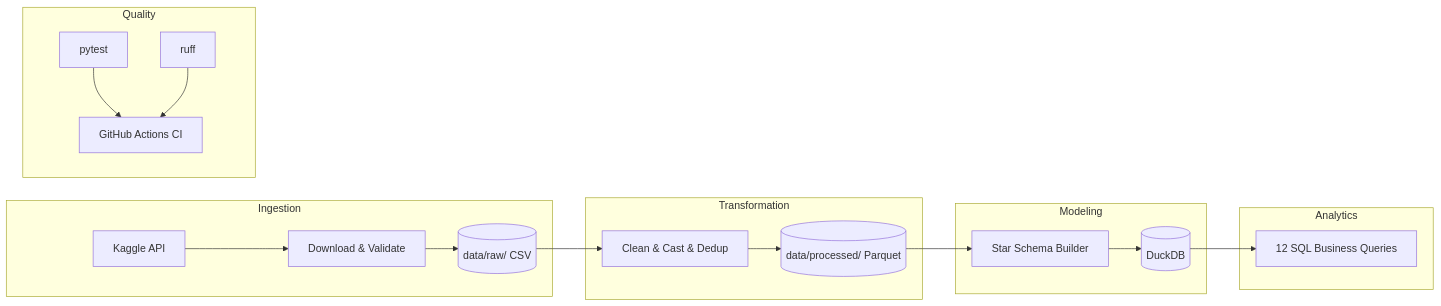
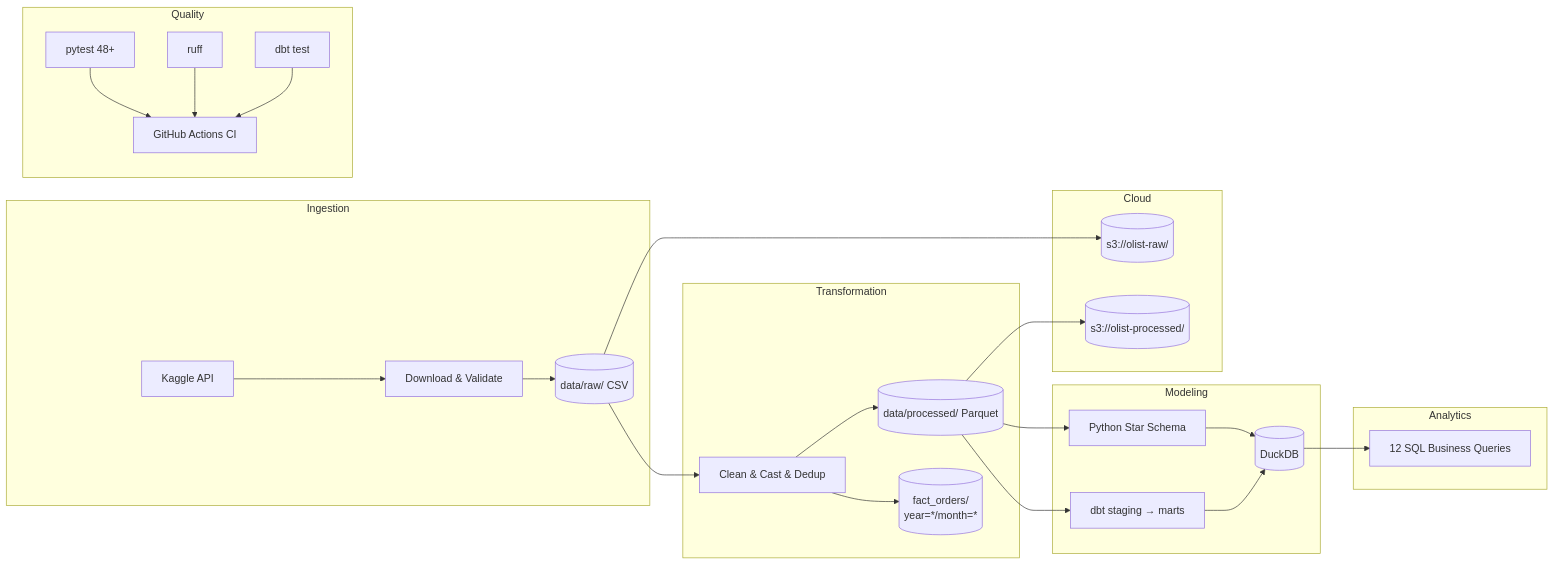
The first of 3 diagrams in README.md (AugustoTonelli14/olist_data_pipeline), drawn with Mermaid before and after one commit. The commit also changed other lines of this file and 27 other files, not shown here.

Commit message:
feat: add cloud storage, dbt models, partitioning, and enhanced EDA

````diff
--- a/README.md
+++ b/README.md
@@ -12,22 +13,29 @@
 ```mermaid
 flowchart LR
     subgraph Ingestion
         A[Kaggle API] --> B[Download & Validate]
         B --> C[(data/raw/ CSV)]
     end
     subgraph Transformation
         C --> D[Clean & Cast & Dedup]
         D --> E[(data/processed/ Parquet)]
+        D --> P[(fact_orders/<br/>year=*/month=*)]
     end
     subgraph Modeling
-        E --> F[Star Schema Builder]
-        F --> G[(DuckDB)]
+        E --> F1[Python Star Schema]
+        E --> F2[dbt staging → marts]
+        F1 & F2 --> G[(DuckDB)]
+    end
+    subgraph Cloud
+        C --> S1[(s3://olist-raw/)]
+        E --> S2[(s3://olist-processed/)]
     end
     subgraph Analytics
         G --> H[12 SQL Business Queries]
     end
     subgraph Quality
-        I[pytest] --> J[GitHub Actions CI]
+        I[pytest 48+] --> J[GitHub Actions CI]
         K[ruff] --> J
+        L[dbt test] --> J
     end
 ```
````
